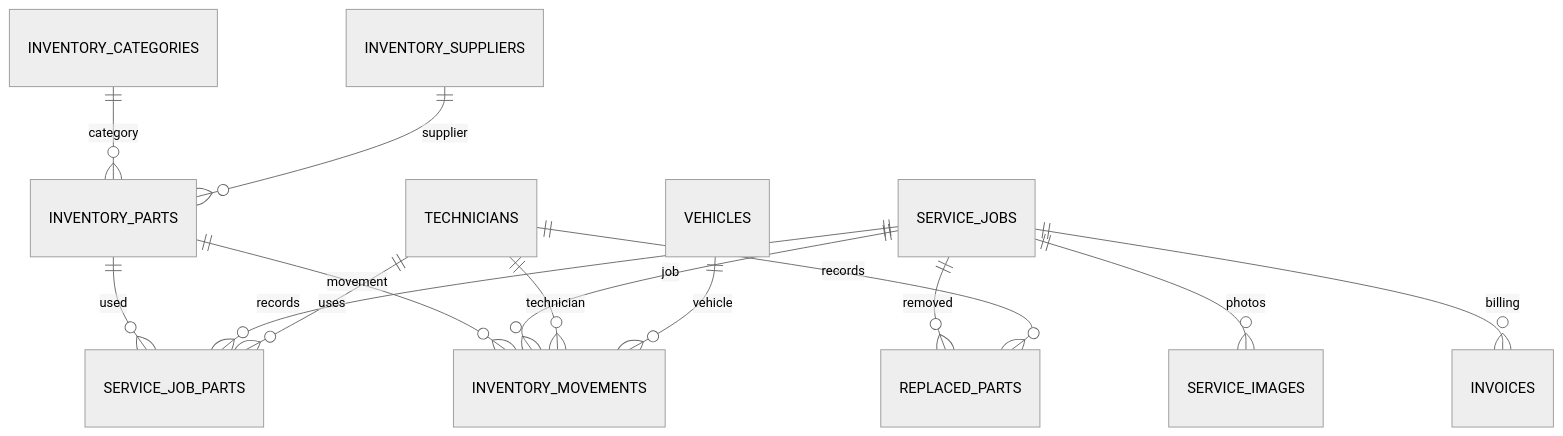
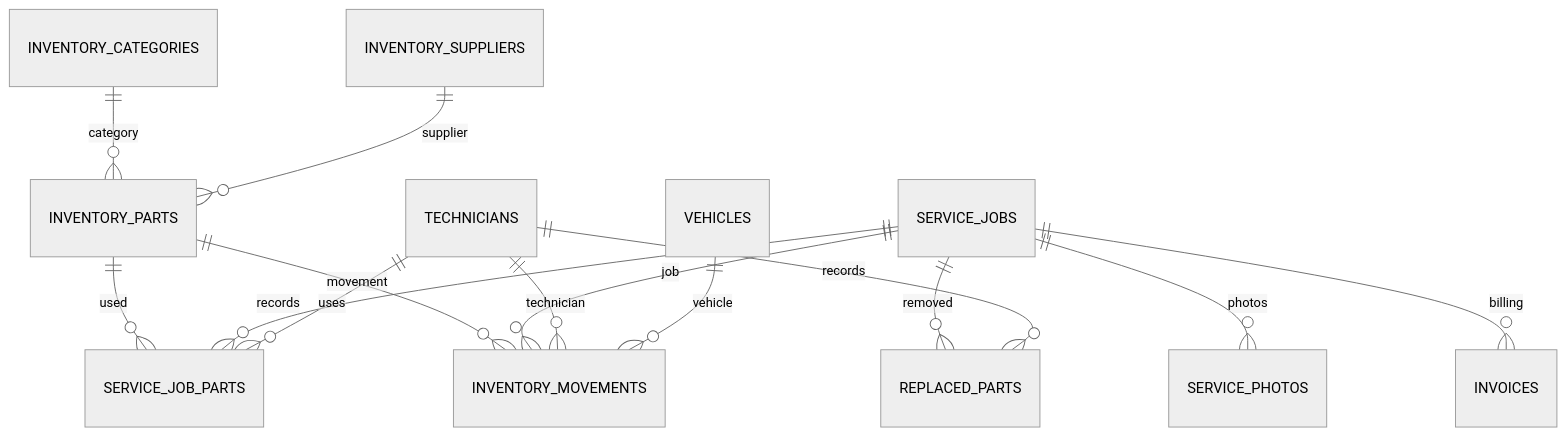
One commit to pramodnx7/smart-service-station-booking-management-system changed the diagram in docs/inventory-module.md. Above: the diagram before and after it, drawn with Mermaid (neutral theme). The commit also changed other lines of this file and 19 other files, not shown here.

````diff
--- a/docs/inventory-module.md
+++ b/docs/inventory-module.md
@@ -18,16 +18,16 @@
 ```mermaid
 erDiagram
   INVENTORY_CATEGORIES ||--o{ INVENTORY_PARTS : category
   INVENTORY_SUPPLIERS ||--o{ INVENTORY_PARTS : supplier
   INVENTORY_PARTS ||--o{ SERVICE_JOB_PARTS : used
   SERVICE_JOBS ||--o{ SERVICE_JOB_PARTS : records
   TECHNICIANS ||--o{ SERVICE_JOB_PARTS : uses
   INVENTORY_PARTS ||--o{ INVENTORY_MOVEMENTS : movement
   SERVICE_JOBS ||--o{ INVENTORY_MOVEMENTS : job
   TECHNICIANS ||--o{ INVENTORY_MOVEMENTS : technician
   VEHICLES ||--o{ INVENTORY_MOVEMENTS : vehicle
   SERVICE_JOBS ||--o{ REPLACED_PARTS : removed
   TECHNICIANS ||--o{ REPLACED_PARTS : records
-  SERVICE_JOBS ||--o{ SERVICE_IMAGES : photos
+  SERVICE_JOBS ||--o{ SERVICE_PHOTOS : photos
   SERVICE_JOBS ||--o{ INVOICES : billing
 ```
````
